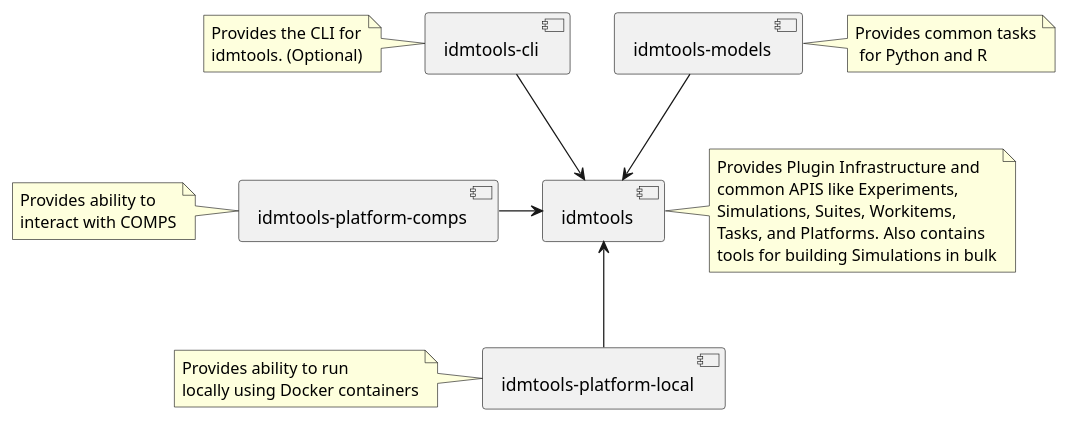
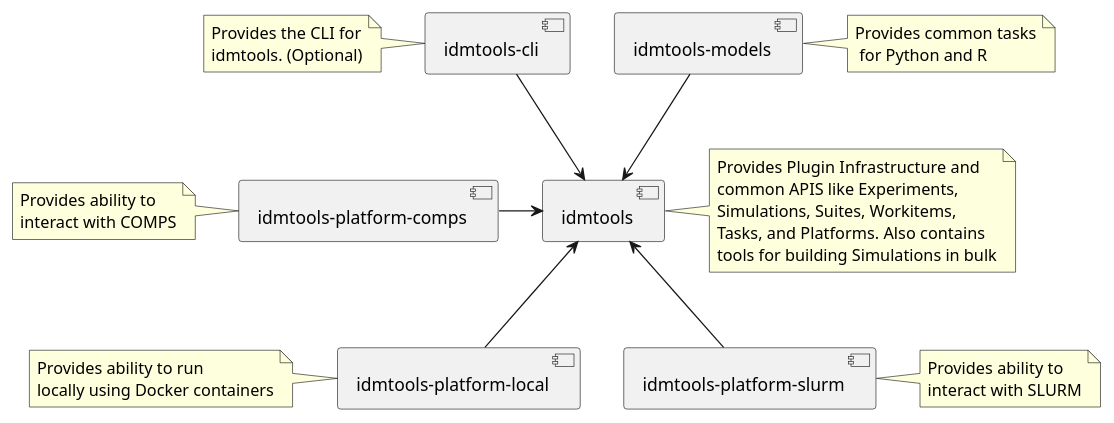
One commit to shchen-idmod/idmtools-1 changed the diagram in diagrams/packages_overview.puml. Above: the diagram before and after it, drawn with PlantUML. The commit also changed 1 other file, not shown here.

Commit message:
overview diagram-slurm platform added, updates

```diff
--- a/diagrams/packages_overview.puml
+++ b/diagrams/packages_overview.puml
@@ -1,38 +1,43 @@
 @startuml
 
 [idmtools]
 note right of idmtools
 Provides Plugin Infrastructure and
 common APIS like Experiments,
 Simulations, Suites, Workitems,
 Tasks, and Platforms. Also contains
 tools for building Simulations in bulk
 end note
 [idmtools-cli]
 note left of [idmtools-cli]
     Provides the CLI for
     idmtools. (Optional)
 end note
 [idmtools-models]
 note right of [idmtools-models]
     Provides common tasks
      for Python and R
 end note
 [idmtools-platform-comps]
 note left of [idmtools-platform-comps]
     Provides ability to
     interact with COMPS
 end note
 [idmtools-platform-local]
 note left of [idmtools-platform-local]
     Provides ability to run
     locally using Docker containers
 end note
+[idmtools-platform-slurm]
+note right of [idmtools-platform-slurm]
+    Provides ability to 
+    interact with SLURM
+end note
 
 [idmtools-cli] --> [idmtools]
 [idmtools-models] --> [idmtools]
 [idmtools-platform-comps] -> idmtools
 [idmtools-platform-local] -up-> idmtools
-
+[idmtools-platform-slurm] -up-> idmtools
 
 @enduml
```
